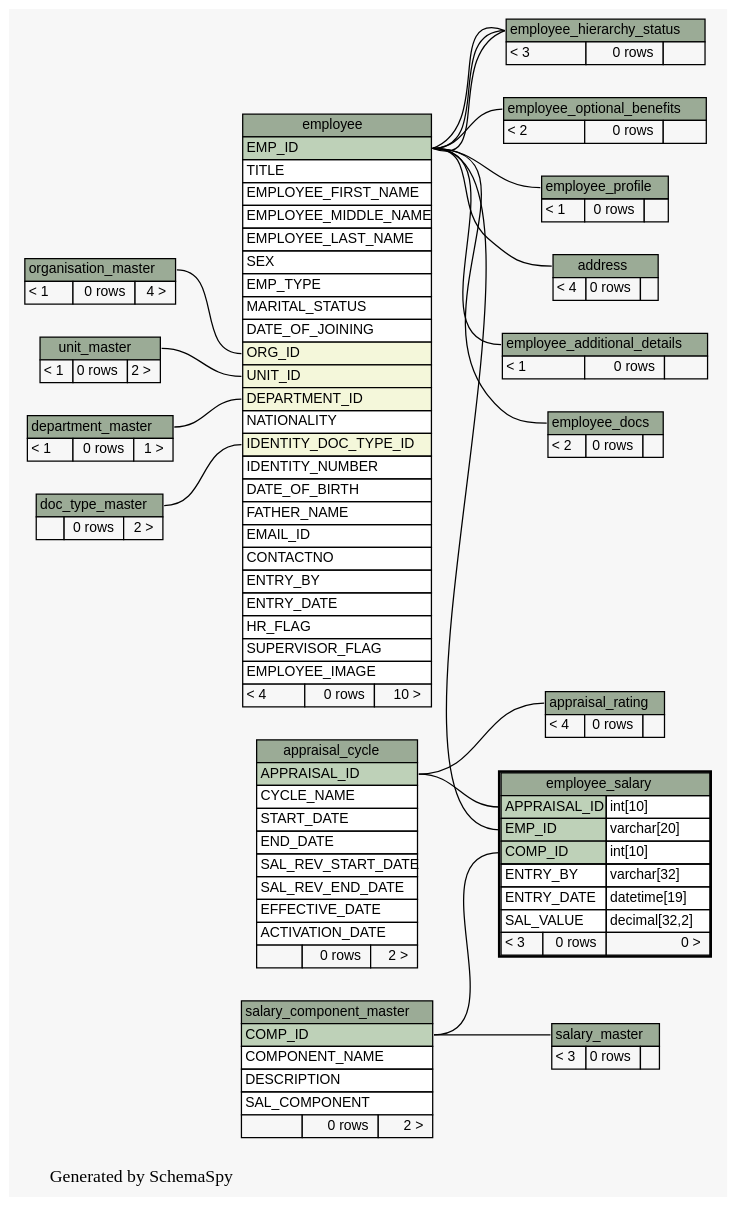
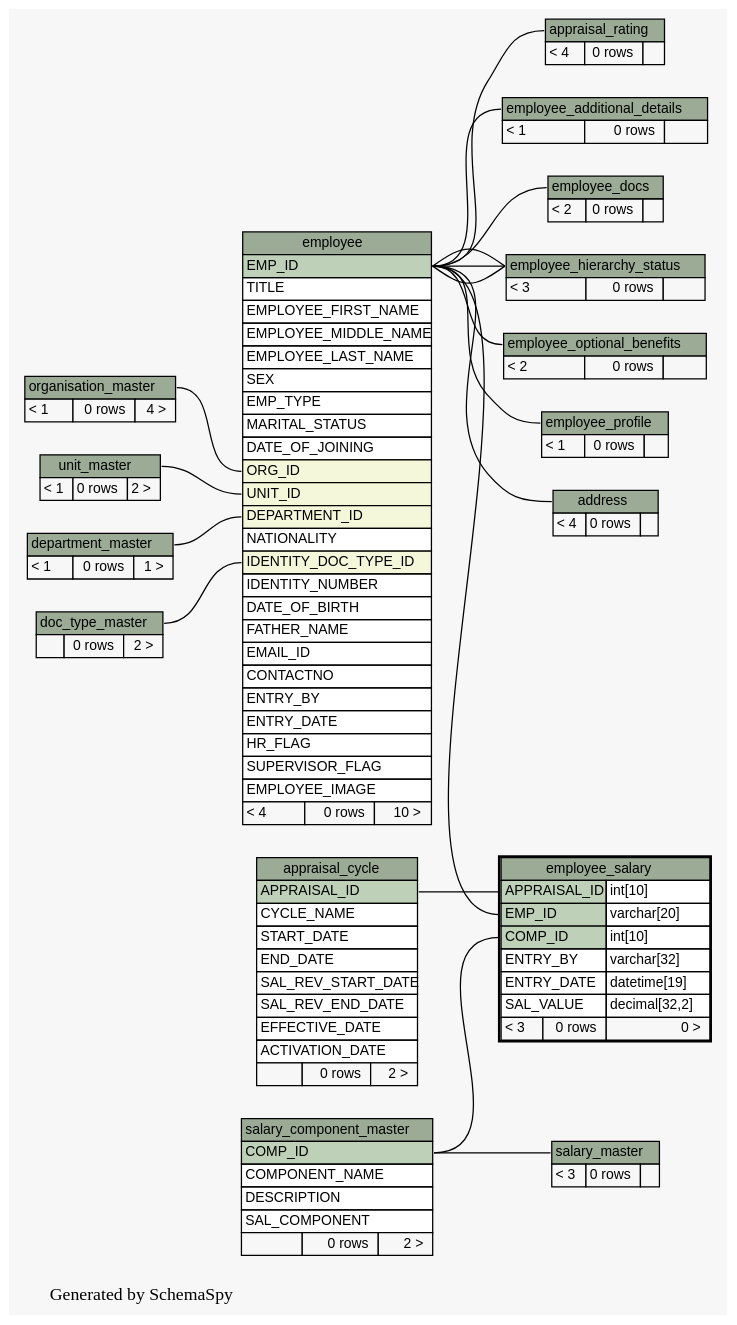
One commit to engineerscraft/hrms changed the diagram in docs/database/schemaspy/graphs/employee_salary.2degrees.dot. Above: the diagram before and after it, drawn with Graphviz. The commit also changed 94 other files, not shown here.

```diff
--- a/docs/database/schemaspy/graphs/employee_salary.2degrees.dot
+++ b/docs/database/schemaspy/graphs/employee_salary.2degrees.dot
@@ -15,7 +15,7 @@
     arrowsize="0.8"
   ];
   "address":"address.heading":w -> "employee":"EMP_ID":e [arrowtail=tee arrowhead=none];
-  "appraisal_rating":"appraisal_rating.heading":w -> "appraisal_cycle":"APPRAISAL_ID":e [arrowtail=crowtee arrowhead=none];
+  "appraisal_rating":"appraisal_rating.heading":w -> "employee":"EMP_ID":e [arrowtail=crowtee arrowhead=none];
   "employee":"DEPARTMENT_ID":w -> "department_master":"department_master.heading":e [arrowtail=crowodot arrowhead=none];
   "employee":"IDENTITY_DOC_TYPE_ID":w -> "doc_type_master":"doc_type_master.heading":e [arrowtail=crowodot arrowhead=none];
   "employee":"ORG_ID":w -> "organisation_master":"organisation_master.heading":e [arrowtail=crowodot arrowhead=none];
```
